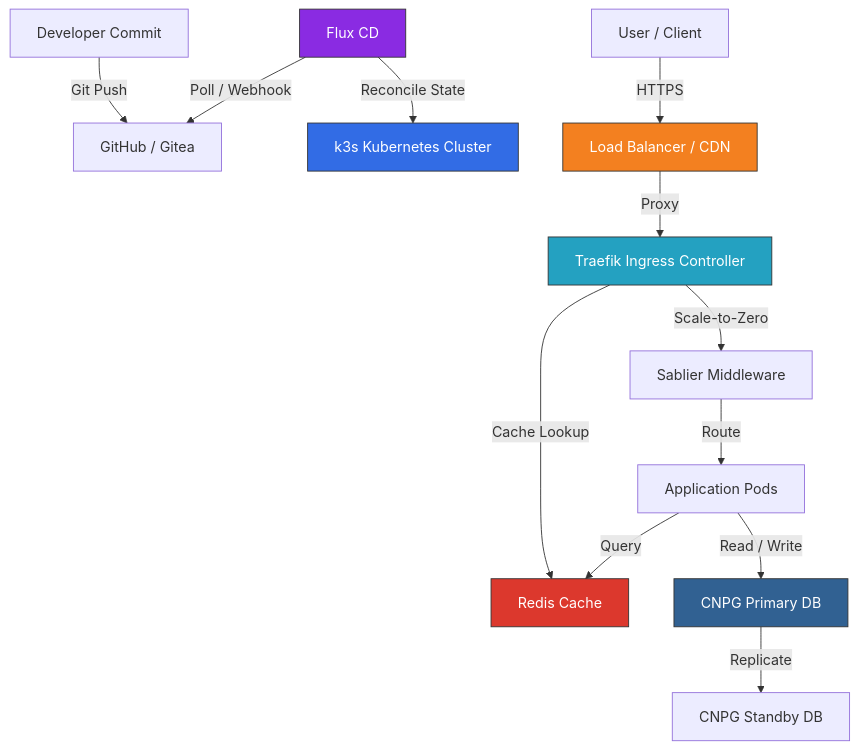
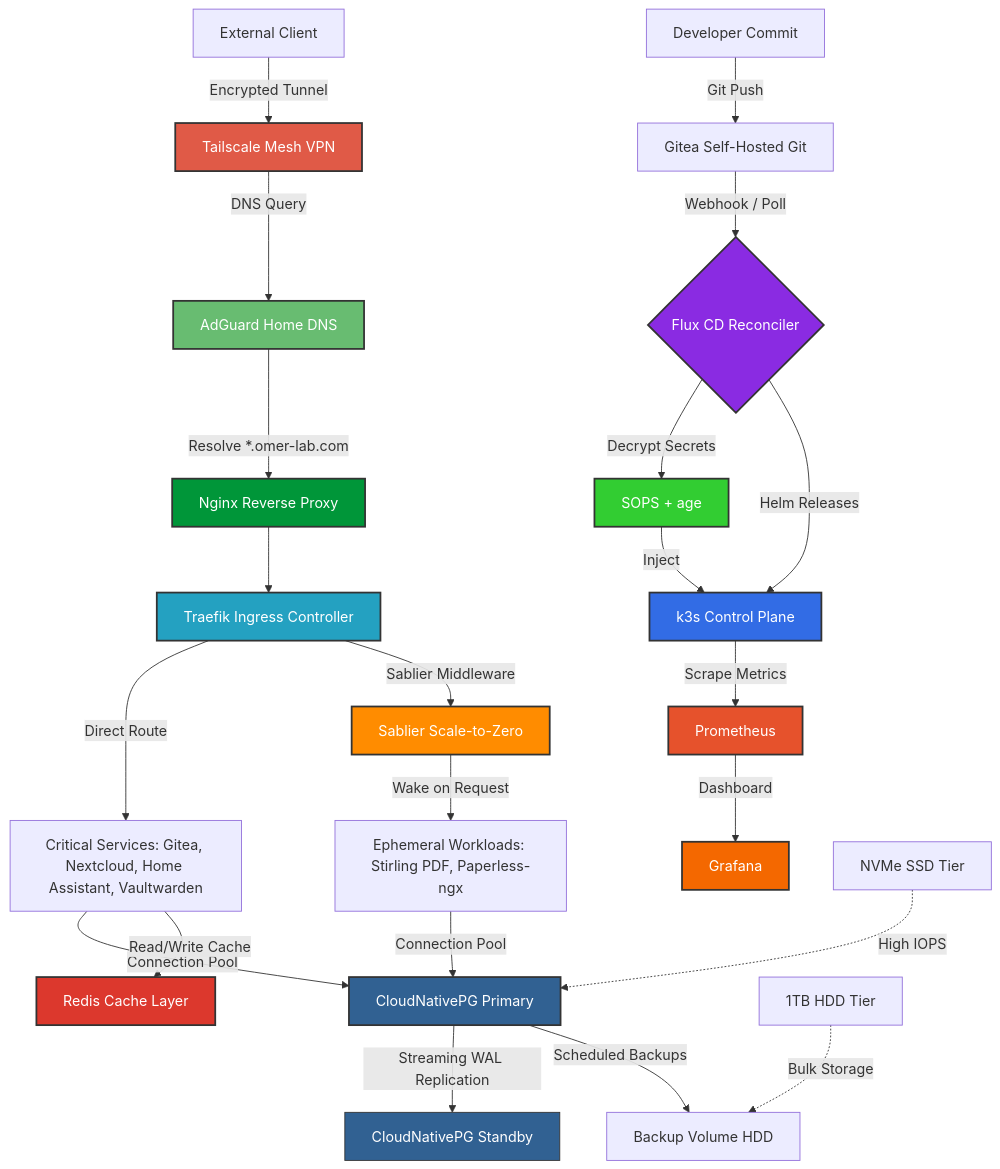
The diagram in README.md (omerharuncetin/omerharuncetin), drawn with Mermaid before and after one commit. The commit also changed other lines of this file, not shown here.

````diff
--- a/README.md
+++ b/README.md
@@ -34,30 +34,44 @@
 ```mermaid
 graph TD
-    %% GitOps Flow
-    Dev["Developer Commit"] -->|Git Push| Git["GitHub / Gitea"]
-    Flux["Flux CD"] -->|Poll / Webhook| Git
-    Flux -->|Reconcile State| Cluster["k3s Kubernetes Cluster"]
+    Dev["Developer Commit"] -->|Git Push| Git["Gitea Self-Hosted Git"]
+    Git -->|Webhook / Poll| Flux{"Flux CD Reconciler"}
+    Flux -->|Decrypt Secrets| SOPS["SOPS + age"]
+    SOPS -->|Inject| K3s["k3s Control Plane"]
+    Flux -->|Helm Releases| K3s
 
-    %% Traffic Flow
-    User["User / Client"] -->|HTTPS| LB["Load Balancer / CDN"]
-    LB -->|Proxy| Ingress["Traefik Ingress Controller"]
-    
-    %% Cache, Scaler & Apps
-    Ingress -->|Cache Lookup| Cache["Redis Cache"]
-    Ingress -->|Scale-to-Zero| Sablier["Sablier Middleware"]
-    
-    Sablier -->|Route| Pods["Application Pods"]
-    Pods -->|Query| Cache
-    
-    %% Databases
-    Pods -->|Read / Write| PrimaryDB["CNPG Primary DB"]
-    PrimaryDB -->|Replicate| StandbyDB["CNPG Standby DB"]
+    Client["External Client"] -->|Encrypted Tunnel| Tailscale["Tailscale Mesh VPN"]
+    Tailscale -->|DNS Query| AdGuard["AdGuard Home DNS"]
+    AdGuard -->|Resolve *.omer-lab.com| Nginx["Nginx Reverse Proxy"]
+    Nginx --> Traefik["Traefik Ingress Controller"]
 
-    %% Styling
-    style Flux fill:#8A2BE2,stroke:#333,stroke-width:1px,color:#fff
-    style Cluster fill:#326ce5,stroke:#333,stroke-width:1px,color:#fff
-    style LB fill:#F38020,stroke:#333,stroke-width:1px,color:#fff
-    style Ingress fill:#24A1C1,stroke:#333,stroke-width:1px,color:#fff
-    style Cache fill:#DC382D,stroke:#333,stroke-width:1px,color:#fff
-    style PrimaryDB fill:#316192,stroke:#333,stroke-width:1px,color:#fff
+    Traefik -->|Direct Route| Critical["Critical Services: Gitea, Nextcloud, Home Assistant, Vaultwarden"]
+    Traefik -->|Sablier Middleware| Sablier["Sablier Scale-to-Zero"]
+    Sablier -->|Wake on Request| Ephemeral["Ephemeral Workloads: Stirling PDF, Paperless-ngx"]
+
+    Critical -->|Connection Pool| PG_Primary["CloudNativePG Primary"]
+    Ephemeral -->|Connection Pool| PG_Primary
+    PG_Primary -->|Streaming WAL Replication| PG_Standby["CloudNativePG Standby"]
+    PG_Primary -->|Scheduled Backups| Backup["Backup Volume HDD"]
+
+    Critical -->|Read/Write Cache| Redis["Redis Cache Layer"]
+
+    K3s -->|Scrape Metrics| Prometheus["Prometheus"]
+    Prometheus -->|Dashboard| Grafana["Grafana"]
+
+    SSD["NVMe SSD Tier"] -.->|High IOPS| PG_Primary
+    HDD["1TB HDD Tier"] -.->|Bulk Storage| Backup
+
+    style Flux fill:#8A2BE2,stroke:#333,stroke-width:2px,color:#fff
+    style K3s fill:#326ce5,stroke:#333,stroke-width:2px,color:#fff
+    style Traefik fill:#24A1C1,stroke:#333,stroke-width:2px,color:#fff
+    style PG_Primary fill:#316192,stroke:#333,stroke-width:2px,color:#fff
+    style PG_Standby fill:#316192,stroke:#333,stroke-width:1px,color:#fff
+    style Prometheus fill:#E6522C,stroke:#333,stroke-width:2px,color:#fff
+    style Grafana fill:#F46800,stroke:#333,stroke-width:2px,color:#fff
+    style Redis fill:#DC382D,stroke:#333,stroke-width:2px,color:#fff
+    style Tailscale fill:#E05A47,stroke:#333,stroke-width:2px,color:#fff
+    style SOPS fill:#32CD32,stroke:#333,stroke-width:2px,color:#fff
+    style Sablier fill:#FF8C00,stroke:#333,stroke-width:2px,color:#fff
+    style AdGuard fill:#68BC71,stroke:#333,stroke-width:2px,color:#fff
+    style Nginx fill:#009639,stroke:#333,stroke-width:2px,color:#fff
 ```
````
